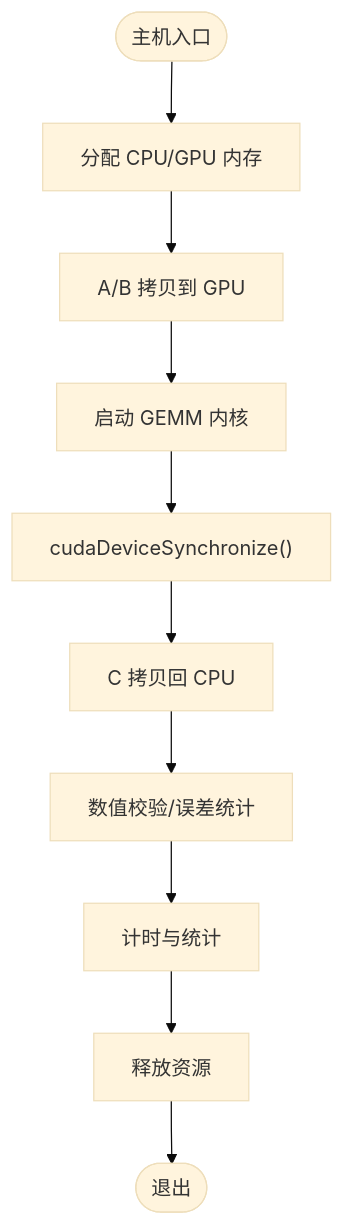
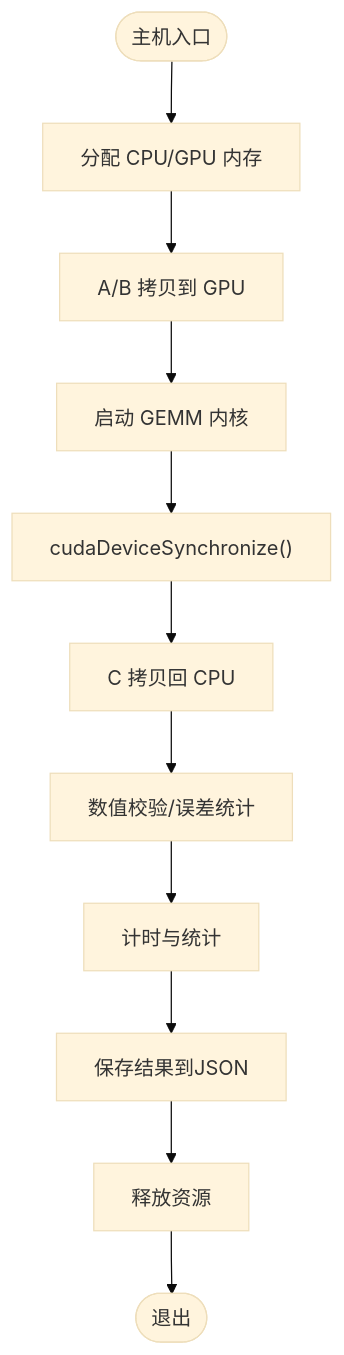
Before and after one commit to Bitllion/gemm_benchmark: the fourth of 6 diagrams in .qoder/repowiki/zh/content/技术实现/技术实现.md, drawn with Mermaid (base theme). The commit also changed other lines of this file and 5 other files, not shown here.

````diff
--- a/.qoder/repowiki/zh/content/技术实现/技术实现.md
+++ b/.qoder/repowiki/zh/content/技术实现/技术实现.md
@@ -128,12 +155,13 @@
 ```mermaid
 flowchart TD
 HStart(["主机入口"]) --> Alloc["分配 CPU/GPU 内存"]
 Alloc --> CopyAB["A/B 拷贝到 GPU"]
 CopyAB --> Launch["启动 GEMM 内核"]
 Launch --> Sync["cudaDeviceSynchronize()"]
 Sync --> CopyC["C 拷贝回 CPU"]
 CopyC --> Verify["数值校验/误差统计"]
 Verify --> Time["计时与统计"]
-Time --> Free["释放资源"]
+Time --> Save["保存结果到JSON"]
+Save --> Free["释放资源"]
 Free --> HEnd(["退出"])
 ```
````
